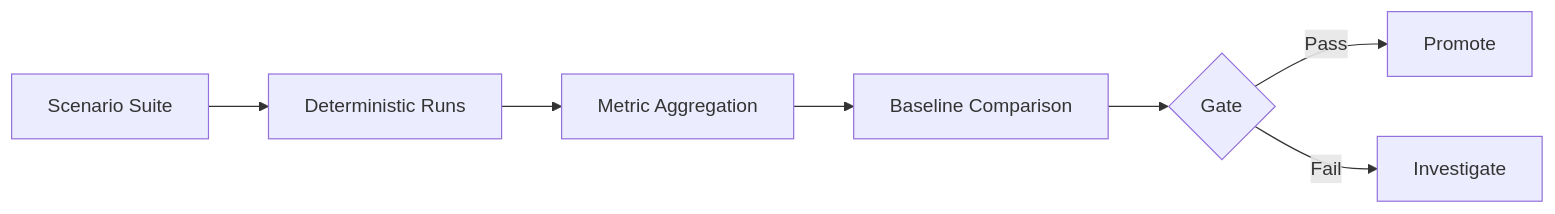
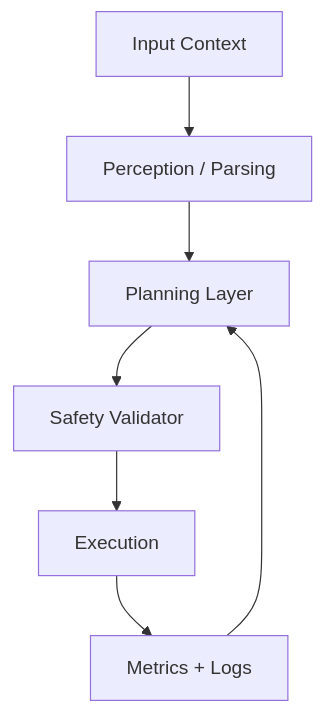
Before and after one commit to MariumAfzal2703/physical-ai-humanoid-robotics-textbook: the diagram in docs/module-2-simulation/overview.mdx, drawn with Mermaid. The commit also changed other lines of this file and 13 other files, not shown here.

````diff
--- a/docs/module-2-simulation/overview.mdx
+++ b/docs/module-2-simulation/overview.mdx
@@ -44,9 +125,9 @@
 ```mermaid
-flowchart LR
-  A[Scenario Suite] --> B[Deterministic Runs]
-  B --> C[Metric Aggregation]
-  C --> D[Baseline Comparison]
-  D --> E{Gate}
-  E -- Pass --> F[Promote]
-  E -- Fail --> G[Investigate]
+flowchart TD
+  A[Input Context] --> B[Perception / Parsing]
+  B --> C[Planning Layer]
+  C --> D[Safety Validator]
+  D --> E[Execution]
+  E --> F[Metrics + Logs]
+  F --> C
 ```
````
